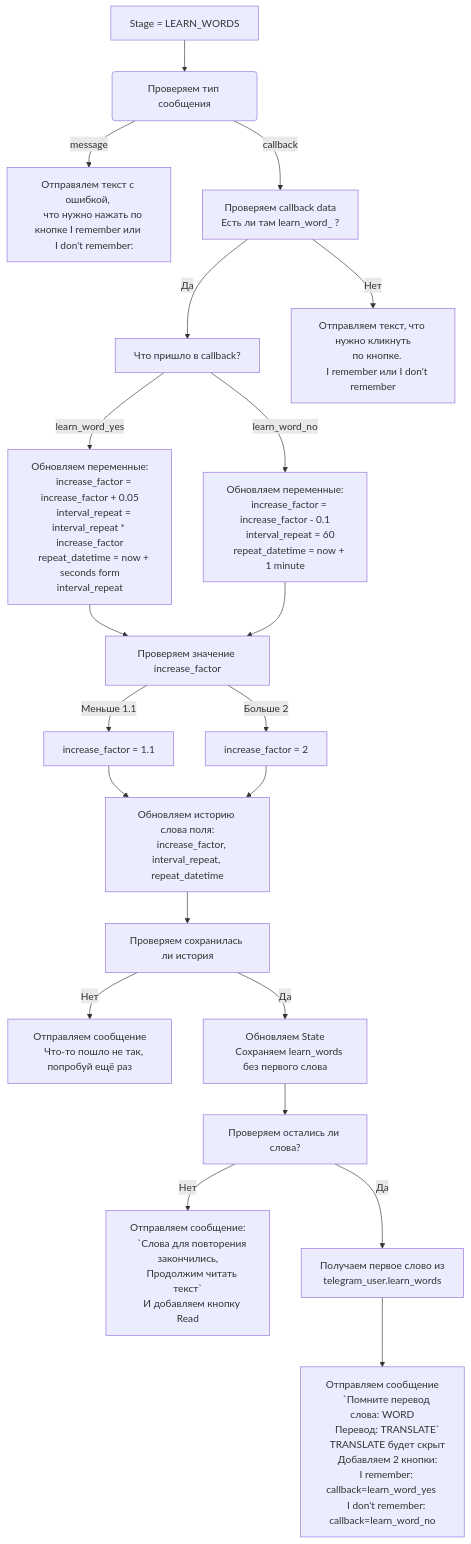
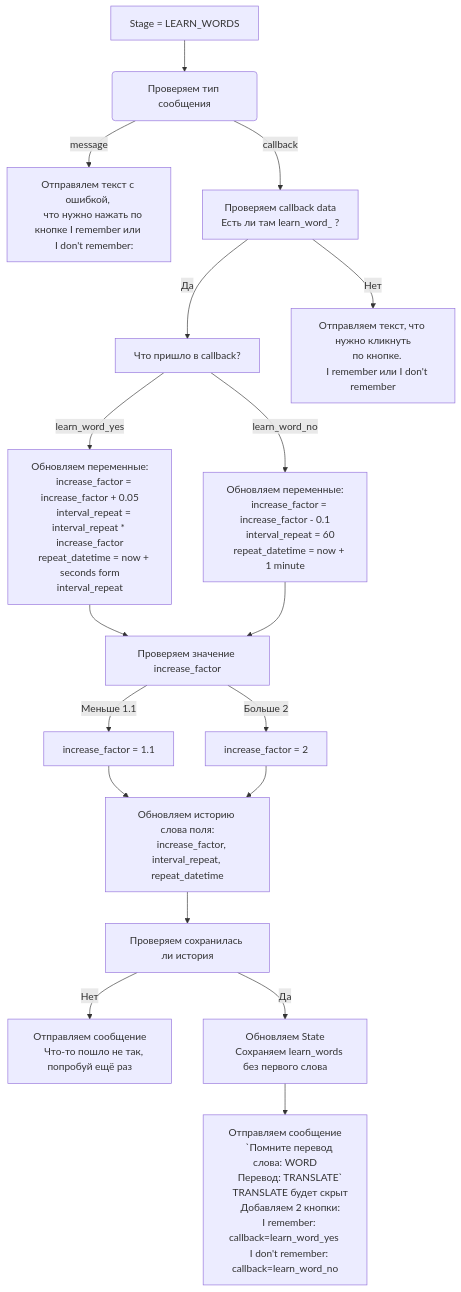
The second of 2 diagrams in documentation/leran_words.md (psgaiduk/learning_en_telegram_bot), drawn with Mermaid before and after one commit.

Commit message:
docs(documentation): delete steps with check words LEARN_WORDS

````diff
--- a/documentation/leran_words.md
+++ b/documentation/leran_words.md
@@ -36,58 +36,50 @@
 ```mermaid
 graph TD;
     start[Stage = LEARN_WORDS] --> check_type_message(Проверяем тип сообщения)
     check_type_message --> |message| check_text_message[
     Отправялем текст с ошибкой, 
     что нужно нажать по кнопке I remember или 
     I don't remember:
     ]
     check_type_message --> |callback| check_callback_data[Проверяем callback data
     Есть ли там learn_word_ ?]
     check_callback_data --> |Да| check_callback_answer[Что пришло в callback?]
     check_callback_answer --> |learn_word_yes| remember_word[Обновляем переменные:
     increase_factor = increase_factor + 0.05
     interval_repeat = interval_repeat * increase_factor
     repeat_datetime = now +  seconds form interval_repeat]
     check_callback_answer --> |learn_word_no| dont_remember_word[Обновляем переменные:
     increase_factor = increase_factor - 0.1
     interval_repeat = 60
     repeat_datetime = now + 1 minute]
     remember_word --> check_increase_factor[Проверяем значение increase_factor]
     dont_remember_word --> check_increase_factor
     check_increase_factor --> |Больше 2| more_2_increase_factor[increase_factor = 2]
     check_increase_factor --> |Меньше 1.1| less_1.1_increase_factor[increase_factor = 1.1]
     less_1.1_increase_factor --> save_words_history
     more_2_increase_factor --> save_words_history[
     Обновляем историю слова поля:
     increase_factor, interval_repeat, repeat_datetime
     ]
     save_words_history --> check_save_words_history[Проверяем сохранилась ли история]
     check_save_words_history --> |Нет| bad_save_words_history[
     Отправляем сообщение
     Что-то пошло не так, попробуй ещё раз
     ]
     check_save_words_history --> |Да| good_save_words_history[
     Обновляем State
     Сохраняем learn_words без первого слова
     ]
     check_callback_data --> |Нет| wrong_callback_data[Отправляем текст, что нужно кликнуть
     по кнопке. 
     I remember или I don't remember]
-    check_learn_words --> |Нет| send_last_message[
-    Отправляем сообщение:
-    `Слова для повторения закончились,
-    Продолжим читать текст`
-    И добавляем кнопку Read] 
-    check_learn_words --> |Да| get_first_word[Получаем  первое слово из 
-    telegram_user.learn_words]
-    good_save_words_history --> check_learn_words[Проверяем остались ли слова?]
-        get_first_word --> send_message[
+    good_save_words_history --> send_message[
         Отправляем сообщение
     `Помните перевод слова: WORD
     Перевод: TRANSLATE`
     TRANSLATE будет скрыт
     Добавляем 2 кнопки:
     I remember: callback=learn_word_yes 
     I don't remember: callback=learn_word_no
     ]
 ```
````
